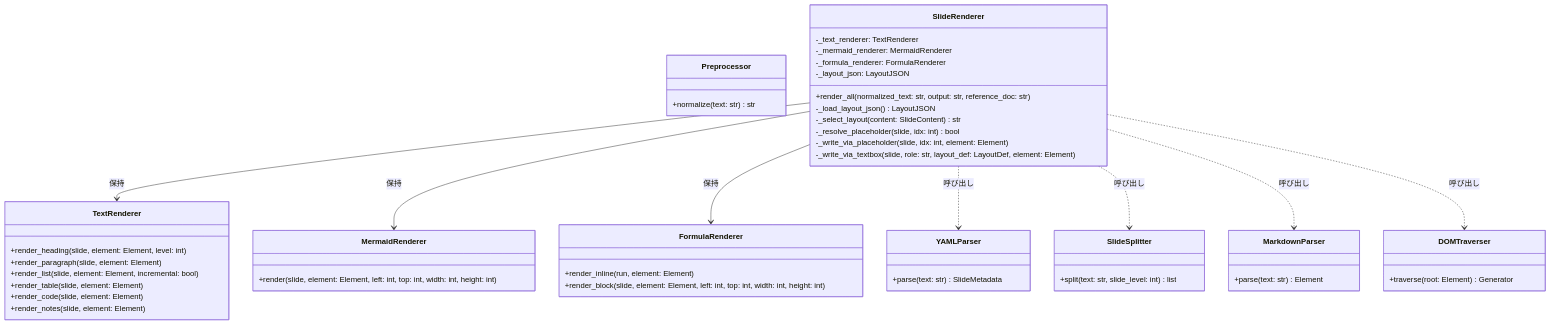
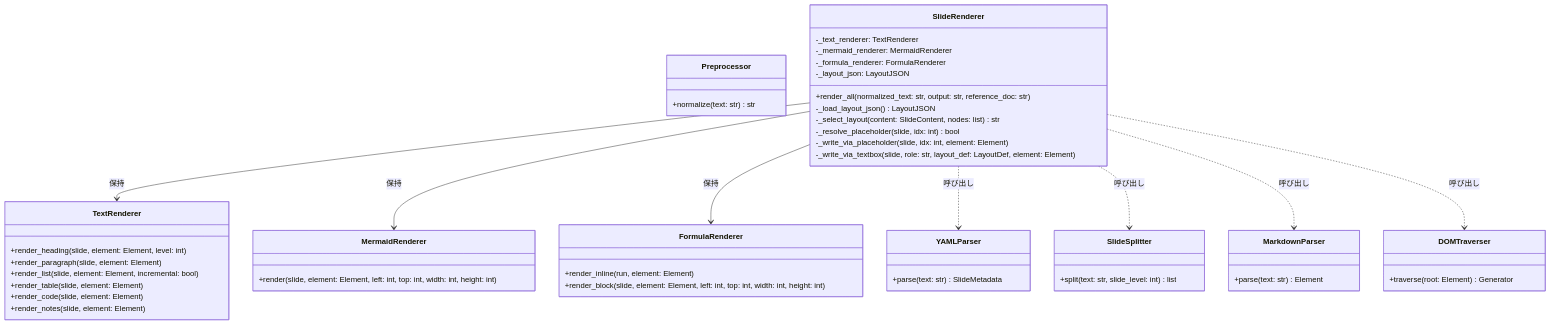
Before and after one commit to notfolder/qmd_to_pptx: the first of 6 diagrams in docs/CLASS_IMPLEMENT_DESIGN.md, drawn with Mermaid. The commit also changed other lines of this file, not shown here.

Commit message:
_select_layout メソッドにノードリスト引数を追加し、レイアウト自動選択ルールを改善。スライド生成フローを更新し、ノード収集処理を明確化。

````diff
--- a/docs/CLASS_IMPLEMENT_DESIGN.md
+++ b/docs/CLASS_IMPLEMENT_DESIGN.md
@@ -123,61 +123,61 @@
 ```mermaid
 classDiagram
     class Preprocessor {
         +normalize(text: str) str
     }
 
     class YAMLParser {
         +parse(text: str) SlideMetadata
     }
 
     class SlideSplitter {
         +split(text: str, slide_level: int) list
     }
 
     class MarkdownParser {
         +parse(text: str) Element
     }
 
     class DOMTraverser {
         +traverse(root: Element) Generator
     }
 
     class TextRenderer {
         +render_heading(slide, element: Element, level: int)
         +render_paragraph(slide, element: Element)
         +render_list(slide, element: Element, incremental: bool)
         +render_table(slide, element: Element)
         +render_code(slide, element: Element)
         +render_notes(slide, element: Element)
     }
 
     class MermaidRenderer {
         +render(slide, element: Element, left: int, top: int, width: int, height: int)
     }
 
     class FormulaRenderer {
         +render_inline(run, element: Element)
         +render_block(slide, element: Element, left: int, top: int, width: int, height: int)
     }
 
     class SlideRenderer {
         -_text_renderer: TextRenderer
         -_mermaid_renderer: MermaidRenderer
         -_formula_renderer: FormulaRenderer
         -_layout_json: LayoutJSON
         +render_all(normalized_text: str, output: str, reference_doc: str)
         -_load_layout_json() LayoutJSON
-        -_select_layout(content: SlideContent) str
+        -_select_layout(content: SlideContent, nodes: list) str
         -_resolve_placeholder(slide, idx: int) bool
         -_write_via_placeholder(slide, idx: int, element: Element)
         -_write_via_textbox(slide, role: str, layout_def: LayoutDef, element: Element)
     }
 
     SlideRenderer --> TextRenderer : 保持
     SlideRenderer --> MermaidRenderer : 保持
     SlideRenderer --> FormulaRenderer : 保持
     SlideRenderer ..> YAMLParser : 呼び出し
     SlideRenderer ..> SlideSplitter : 呼び出し
     SlideRenderer ..> MarkdownParser : 呼び出し
     SlideRenderer ..> DOMTraverser : 呼び出し
 ```
````
